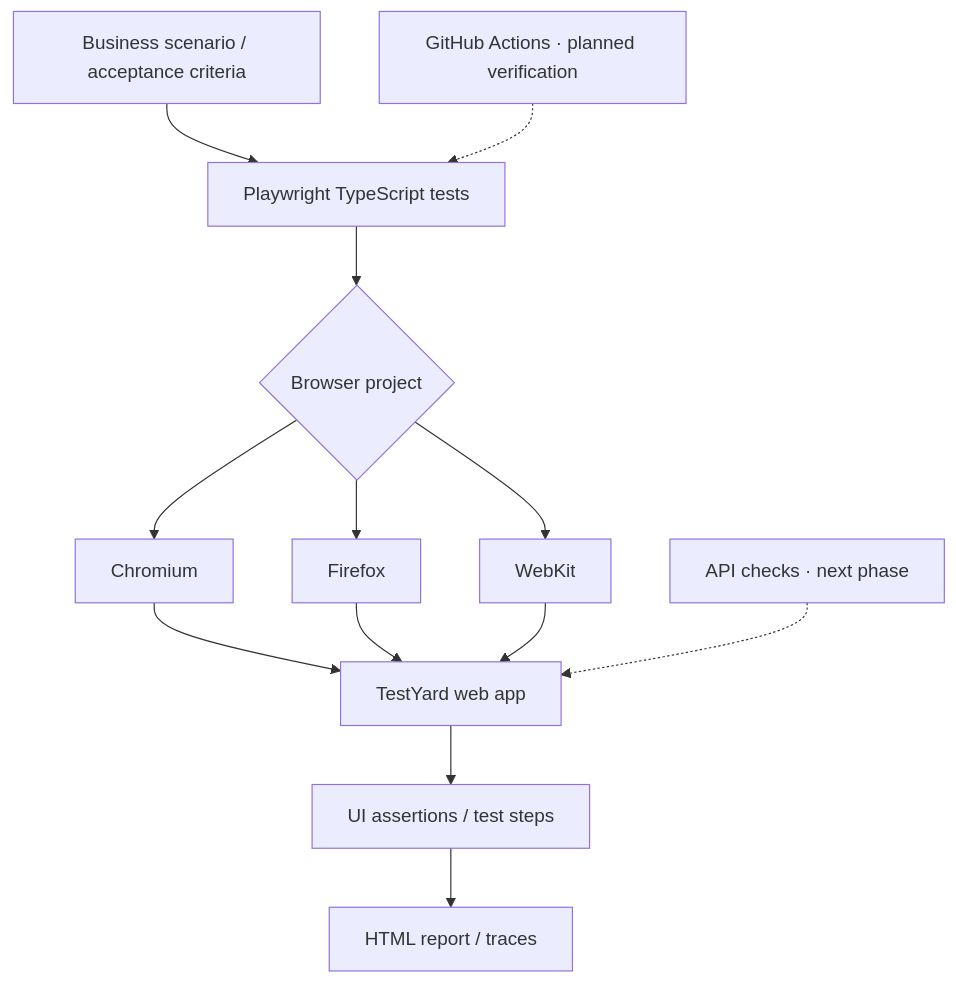
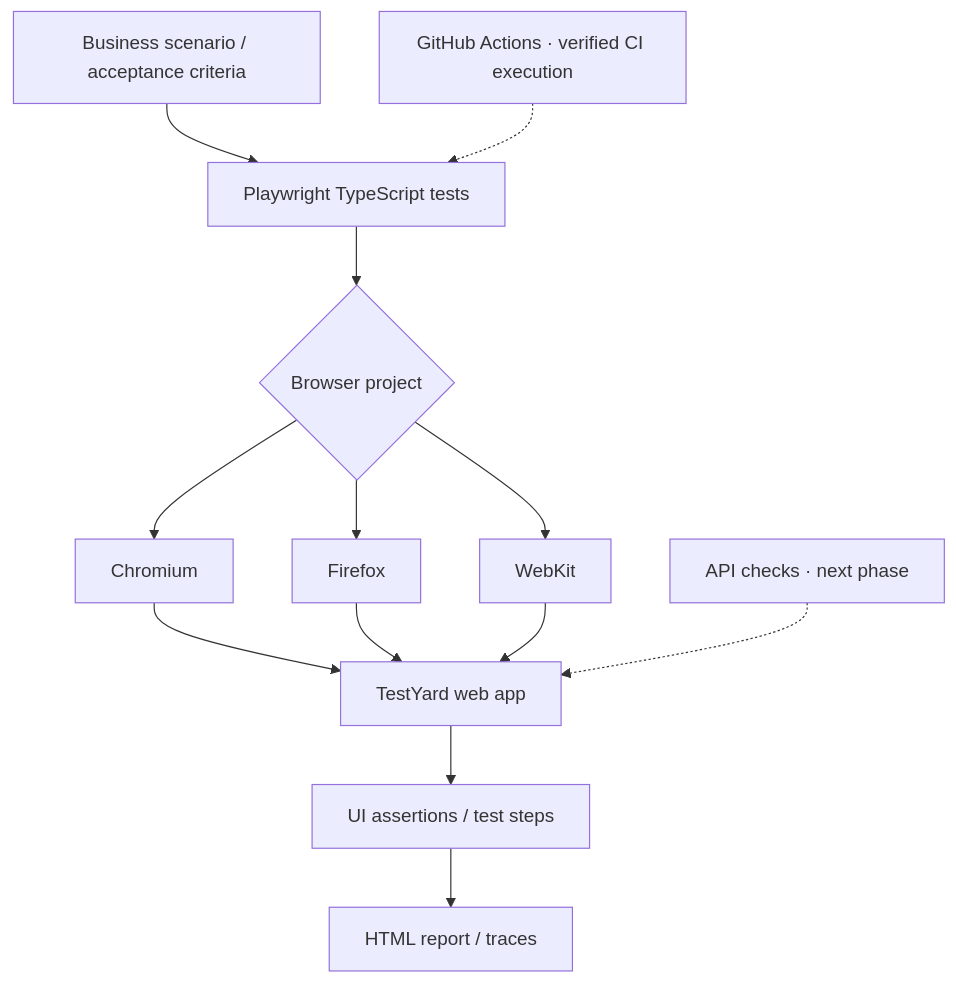
One commit to niranjanrdy/testyard-sdet-automation changed the first of 2 diagrams in README.md. Above: the diagram before and after it, drawn with Mermaid. The commit also changed other lines of this file, not shown here.

Commit message:
docs: update README with verified cross-browser CI results

````diff
--- a/README.md
+++ b/README.md
@@ -98,15 +104,15 @@
 ```mermaid
 flowchart TD
     A[Business scenario / acceptance criteria] --> B[Playwright TypeScript tests]
     B --> C{Browser project}
     C --> D[Chromium]
     C --> E[Firefox]
     C --> F[WebKit]
     D --> G[TestYard web app]
     E --> G
     F --> G
     G --> H[UI assertions / test steps]
     H --> I[HTML report / traces]
-    J[GitHub Actions · planned verification] -.-> B
+    J[GitHub Actions · verified CI execution] -.-> B
     K[API checks · next phase] -.-> G
 ```
````
